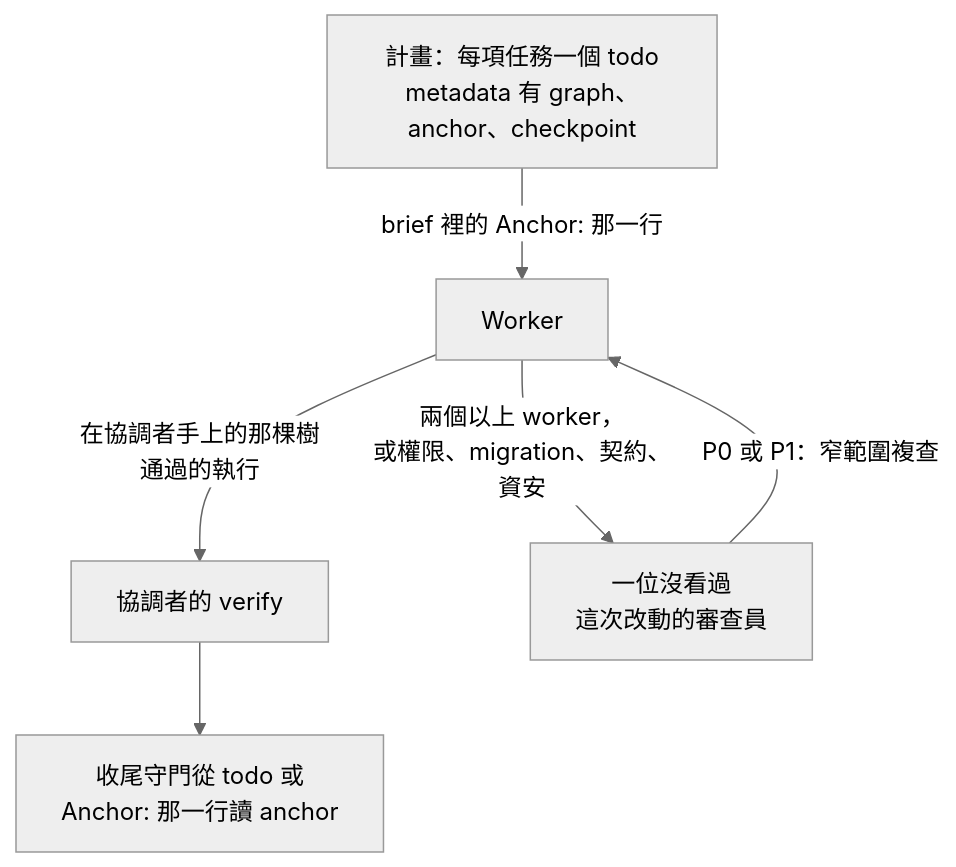
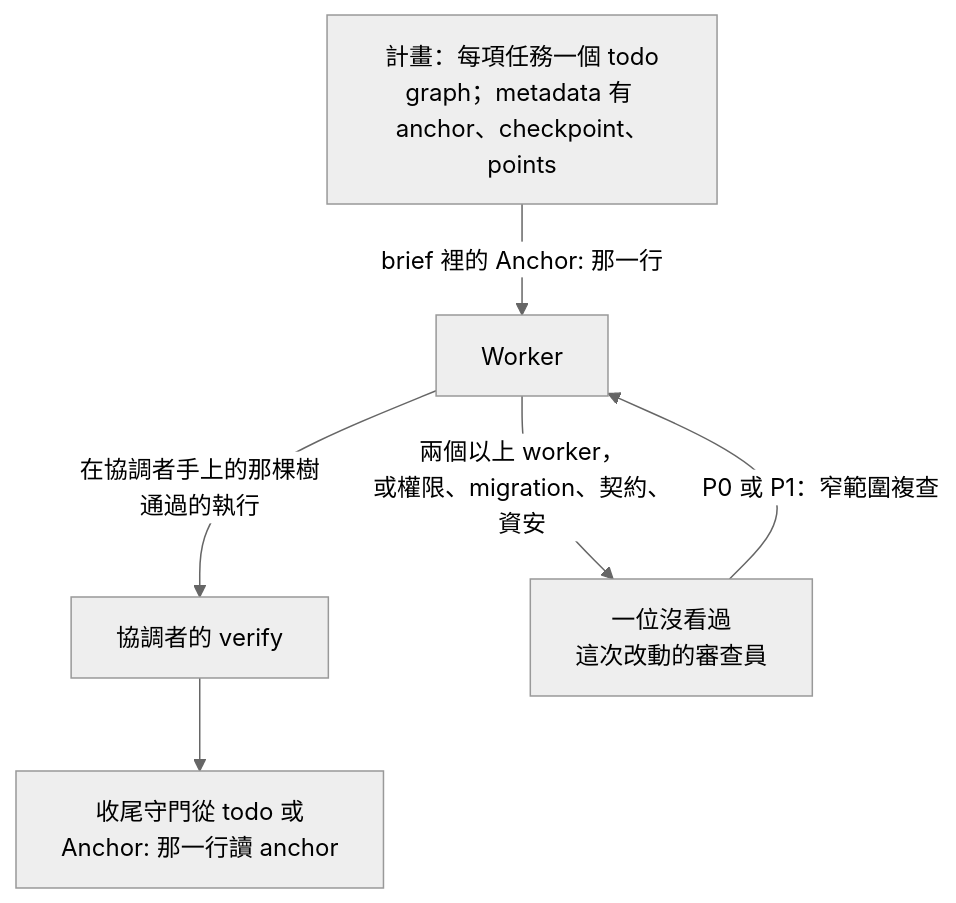
One commit to wayne930242/anchorloop changed the first of 2 diagrams in site/src/content/docs/zh-tw/guide/with-straw-boss.md. Above: the diagram before and after it, drawn with Mermaid (neutral theme). The commit also changed other lines of this file and 11 other files, not shown here.

````diff
--- a/site/src/content/docs/zh-tw/guide/with-straw-boss.md
+++ b/site/src/content/docs/zh-tw/guide/with-straw-boss.md
@@ -39,8 +39,8 @@
 ```mermaid
 flowchart TD
-  plan["計畫：每項任務一個 todo<br/>metadata 有 graph、anchor、checkpoint"] -->|"brief 裡的 Anchor: 那一行"| worker["Worker"]
+  plan["計畫：每項任務一個 todo<br/>graph；metadata 有 anchor、checkpoint、points"] -->|"brief 裡的 Anchor: 那一行"| worker["Worker"]
   worker -->|"在協調者手上的那棵樹<br/>通過的執行"| verify["協調者的 verify"]
   worker -->|"兩個以上 worker，<br/>或權限、migration、契約、資安"| review["一位沒看過<br/>這次改動的審查員"]
   review -->|"P0 或 P1：窄範圍複查"| worker
   verify --> guard["收尾守門從 todo 或<br/>Anchor: 那一行讀 anchor"]
 ```
````
